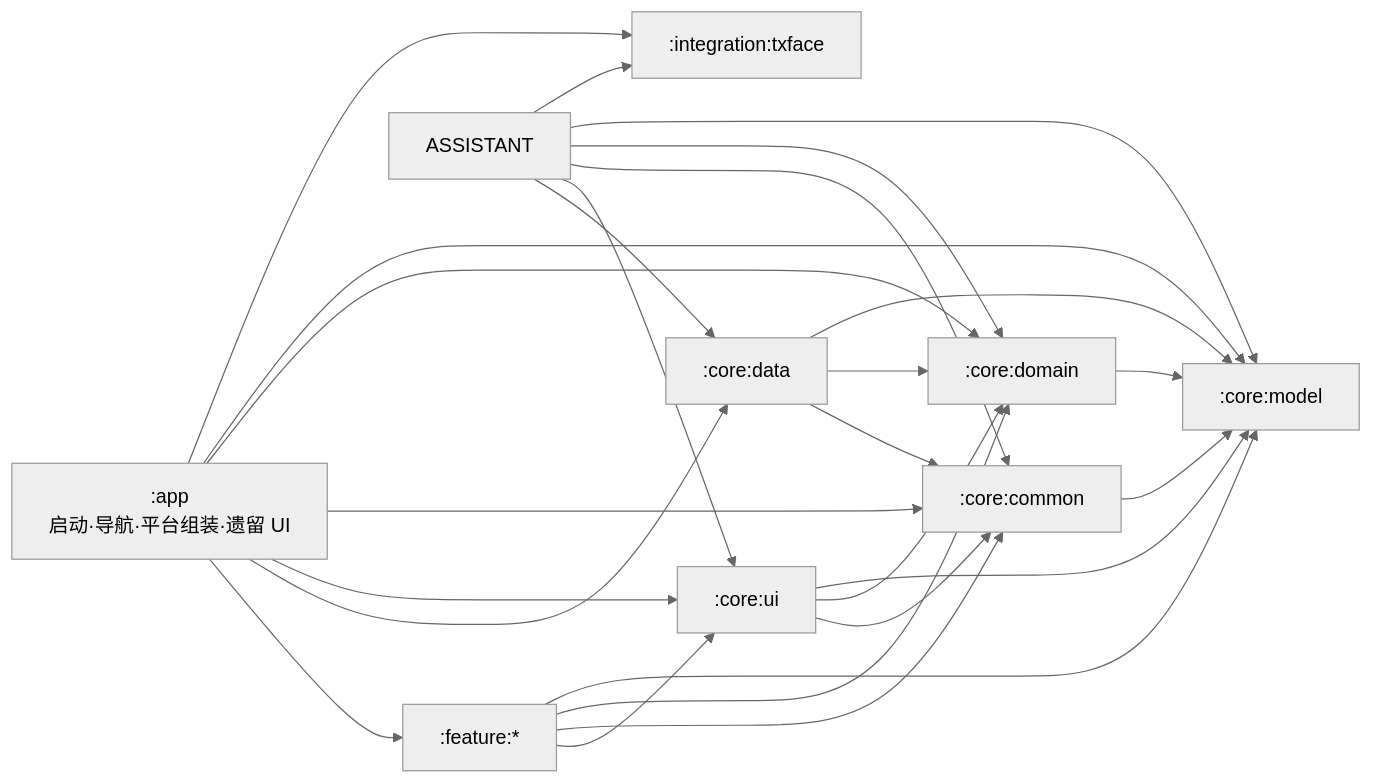
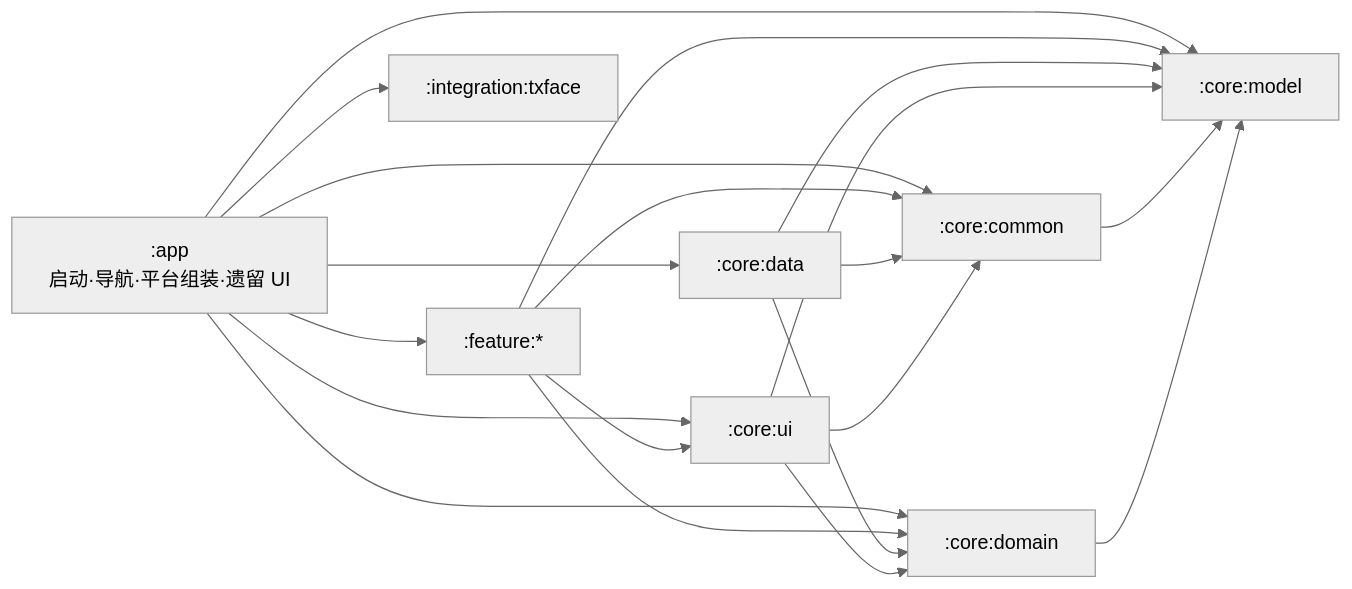
One commit to wj20101/longcare changed the diagram in docs/architecture/system-overview.md. Above: the diagram before and after it, drawn with Mermaid (neutral theme). The commit also changed other lines of this file and 16 other files, not shown here.

````diff
--- a/docs/architecture/system-overview.md
+++ b/docs/architecture/system-overview.md
@@ -18,29 +18,23 @@
 ```mermaid
 flowchart LR
     APP[":app<br/>启动·导航·平台组装·遗留 UI"] --> FEATURES[":feature:*"]
     APP --> DATA[":core:data"]
     APP --> UI[":core:ui"]
     APP --> COMMON[":core:common"]
     APP --> DOMAIN[":core:domain"]
     APP --> MODEL[":core:model"]
     APP --> TX[":integration:txface"]
-    ASSISTANT --> DATA
-    ASSISTANT --> UI
-    ASSISTANT --> COMMON
-    ASSISTANT --> DOMAIN
-    ASSISTANT --> MODEL
-    ASSISTANT --> TX
 
     FEATURES --> UI
     FEATURES --> COMMON
     FEATURES --> DOMAIN
     FEATURES --> MODEL
     DATA --> COMMON
     DATA --> DOMAIN
     DATA --> MODEL
     UI --> COMMON
     UI --> DOMAIN
     UI --> MODEL
     COMMON --> MODEL
     DOMAIN --> MODEL
 ```
````
